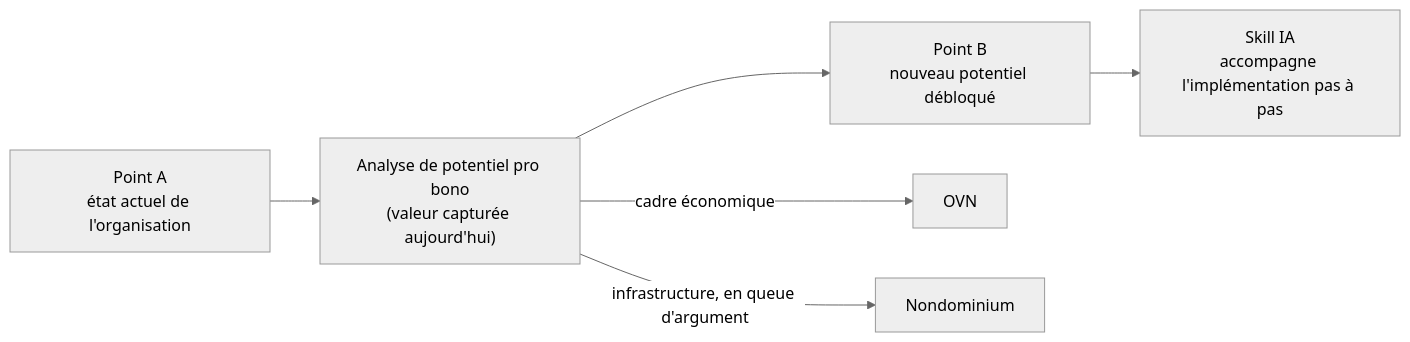
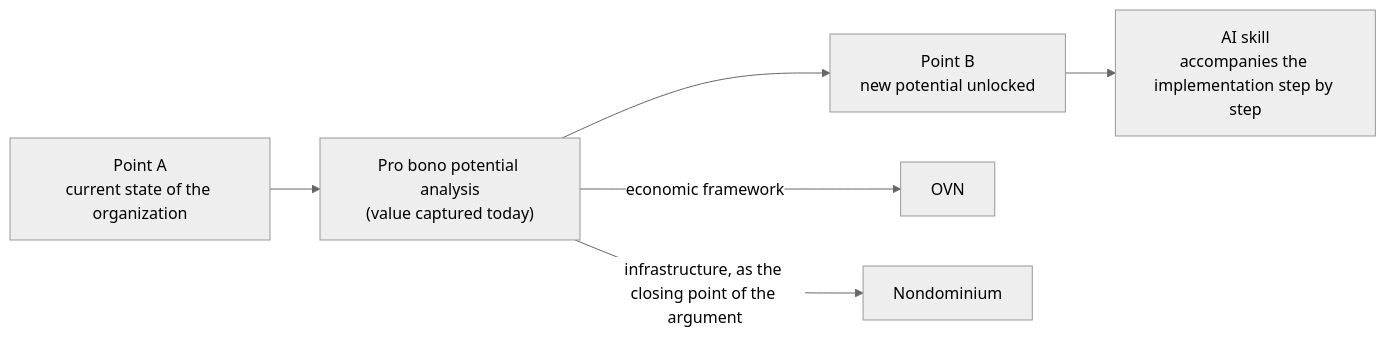
The first of 3 diagrams in content/meetings/2026-10-13-dev.md (Sensorica/nondominium-design-system), drawn with Mermaid (neutral theme) before and after one commit. The commit also changed other lines of this file and 14 other files, not shown here.

````diff
--- a/content/meetings/2026-10-13-dev.md
+++ b/content/meetings/2026-10-13-dev.md
@@ -41,9 +42,9 @@
 ```mermaid
-%% caption: Stratégie de dissémination par l'analyse de potentiel
+%% caption: Dissemination strategy through potential analysis
 flowchart LR
-    A["Point A<br/>état actuel de l'organisation"] --> AN["Analyse de potentiel pro bono<br/>(valeur capturée aujourd'hui)"]
-    AN --> B["Point B<br/>nouveau potentiel débloqué"]
-    AN -->|"cadre économique"| OVN["OVN"]
-    AN -->|"infrastructure, en queue d'argument"| NDO["Nondominium"]
-    B --> SK["Skill IA<br/>accompagne l'implémentation pas à pas"]
+    A["Point A<br/>current state of the organization"] --> AN["Pro bono potential analysis<br/>(value captured today)"]
+    AN --> B["Point B<br/>new potential unlocked"]
+    AN -->|"economic framework"| OVN["OVN"]
+    AN -->|"infrastructure, as the closing point of the argument"| NDO["Nondominium"]
+    B --> SK["AI skill<br/>accompanies the implementation step by step"]
 ```
````
